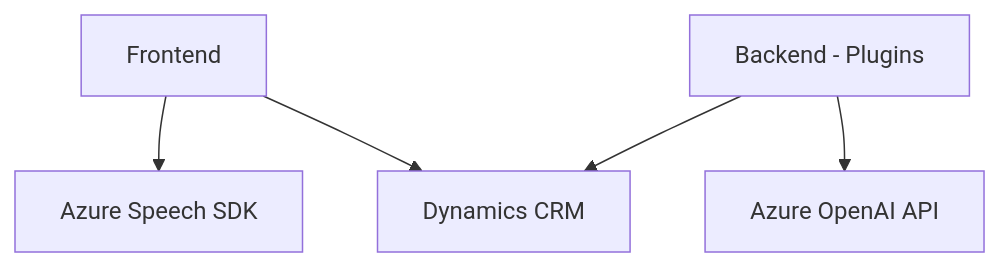
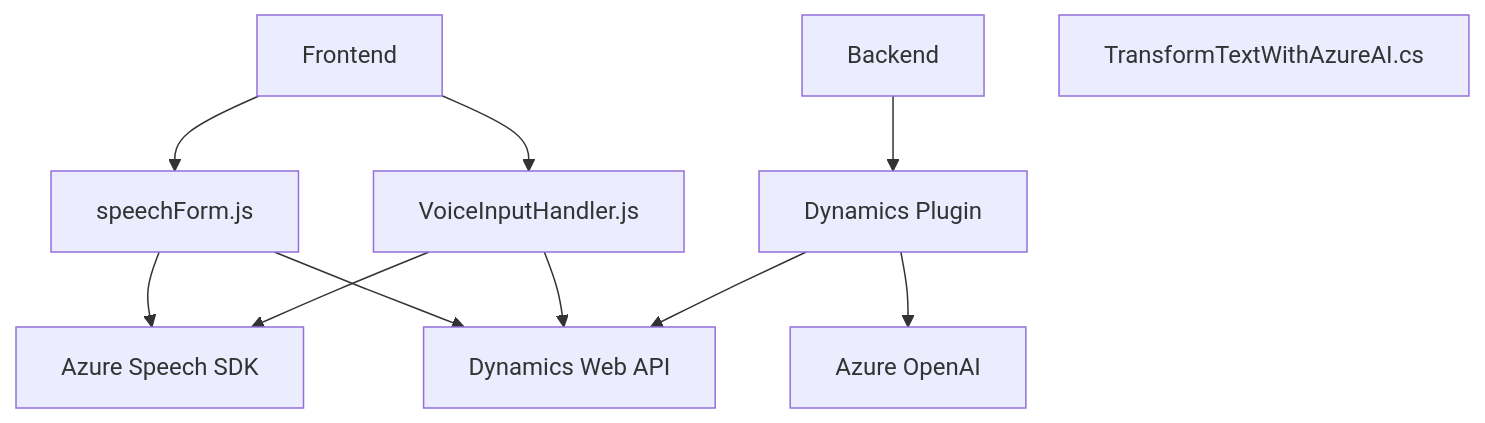
Before and after one commit to blopezdm/NETCORE_BILBAO2025: the diagram in README.md, drawn with Mermaid. The commit also changed other lines of this file, not shown here.

````diff
--- a/README.md
+++ b/README.md
@@ -46,13 +37,22 @@
 ```mermaid
 graph TD
     A["Frontend"]
-    B["Backend - Plugins"]
-    C["Azure Speech SDK"]
-    D["Azure OpenAI API"]
-    E["Dynamics CRM"]
-
+    B["VoiceInputHandler.js"]
+    C["speechForm.js"]
+    D["Backend"]
+    E["Dynamics Plugin"]
+    F["TransformTextWithAzureAI.cs"]
+    G["Azure Speech SDK"]
+    H["Azure OpenAI"]
+    I["Dynamics Web API"]
+    
+    A --> B
     A --> C
-    A --> E
-    B --> D
-    B --> E
+    B --> G
+    C --> G
+    D --> E
+    E --> H
+    E --> I
+    B --> I
+    C --> I
 ```
````
